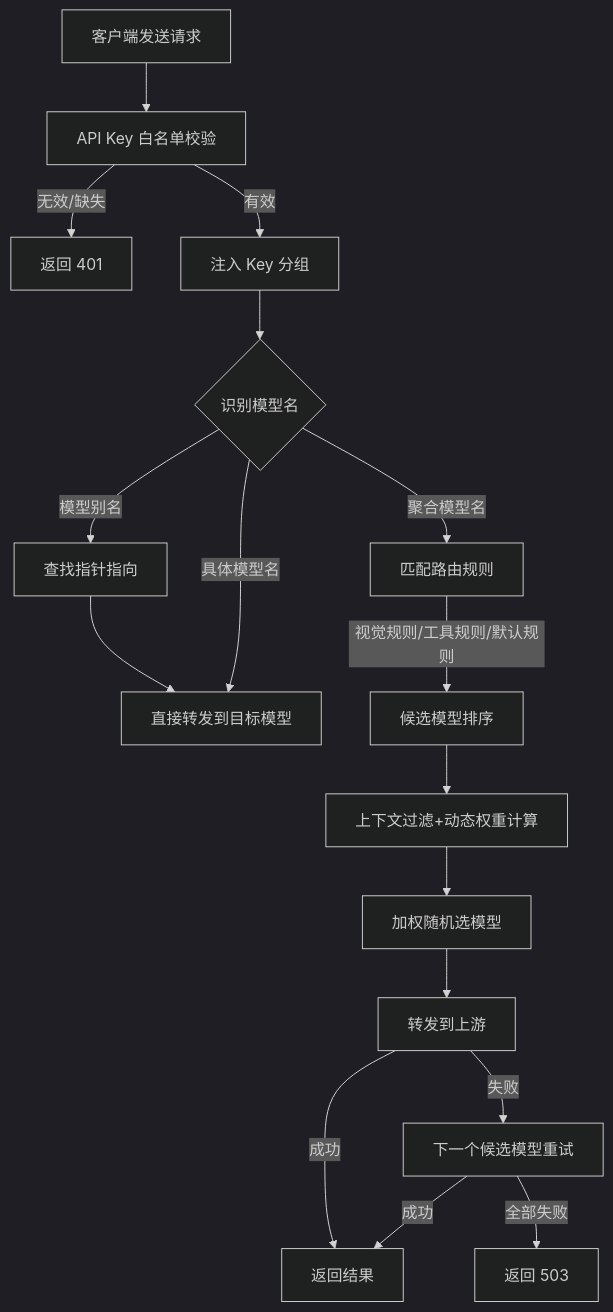
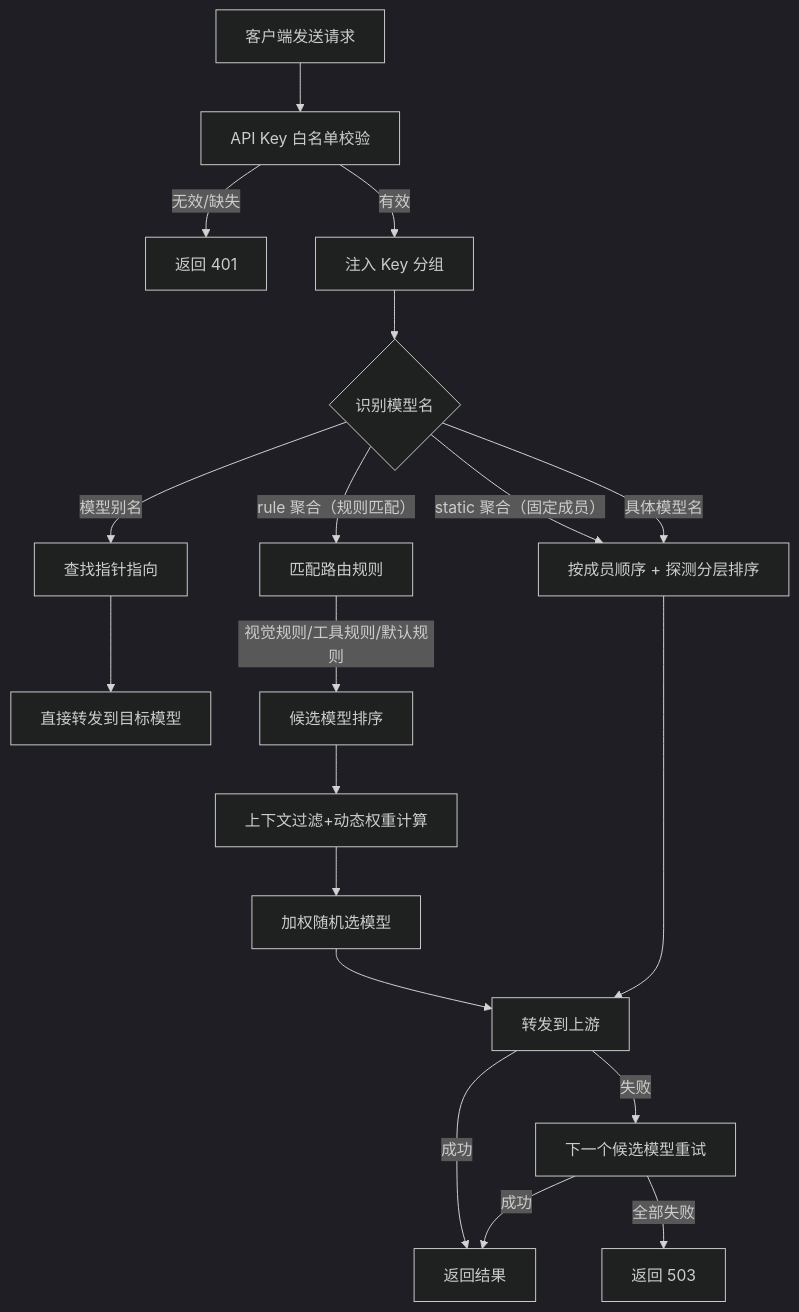
Before and after one commit to 66wjz/smart_router: the first of 6 diagrams in docs/架构设计.md, drawn with Mermaid (dark theme). The commit also changed other lines of this file and 39 other files, not shown here.

First line of the commit message:
CH-023: 聚合模型统一（static/rule）+ 探测模板 + 探测排班表

````diff
--- a/docs/架构设计.md
+++ b/docs/架构设计.md
@@ -234,19 +234,21 @@
 ```mermaid
 flowchart TD
     A[客户端发送请求] --> B[API Key 白名单校验]
     B -- 无效/缺失 --> E401[返回 401]
     B -- 有效 --> C[注入 Key 分组]
     C --> D{识别模型名}
     D -- 模型别名 --> P[查找指针指向]
     P --> F[直接转发到目标模型]
-    D -- 聚合模型名 --> G[匹配路由规则]
-    D -- 具体模型名 --> F
+    D -- rule 聚合（规则匹配） --> G[匹配路由规则]
+    D -- static 聚合（固定成员） --> G2[按成员顺序 + 探测分层排序]
+    D -- 具体模型名 --> G2
     G -- 视觉规则/工具规则/默认规则 --> H[候选模型排序]
     H --> I[上下文过滤+动态权重计算]
     I --> J[加权随机选模型]
     J --> K[转发到上游]
+    G2 --> K
     K -- 成功 --> L[返回结果]
     K -- 失败 --> M[下一个候选模型重试]
     M -- 全部失败 --> E503[返回 503]
     M -- 成功 --> L
 ```
````
